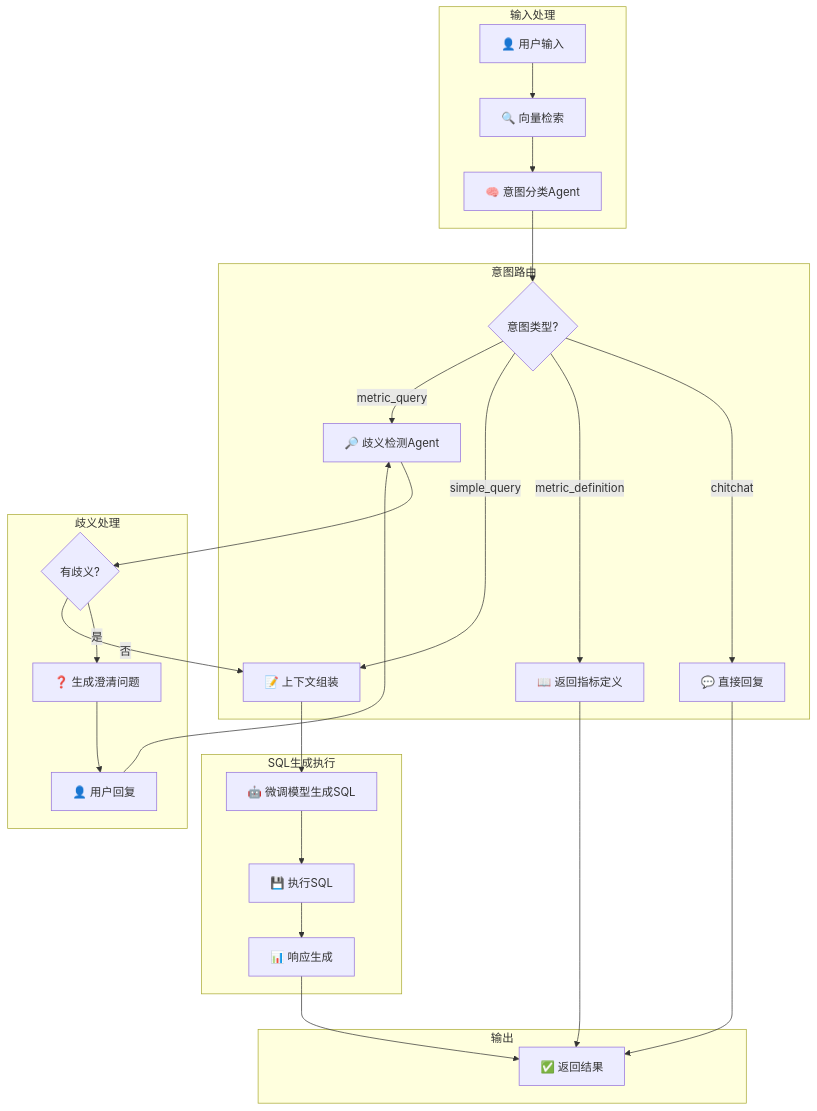
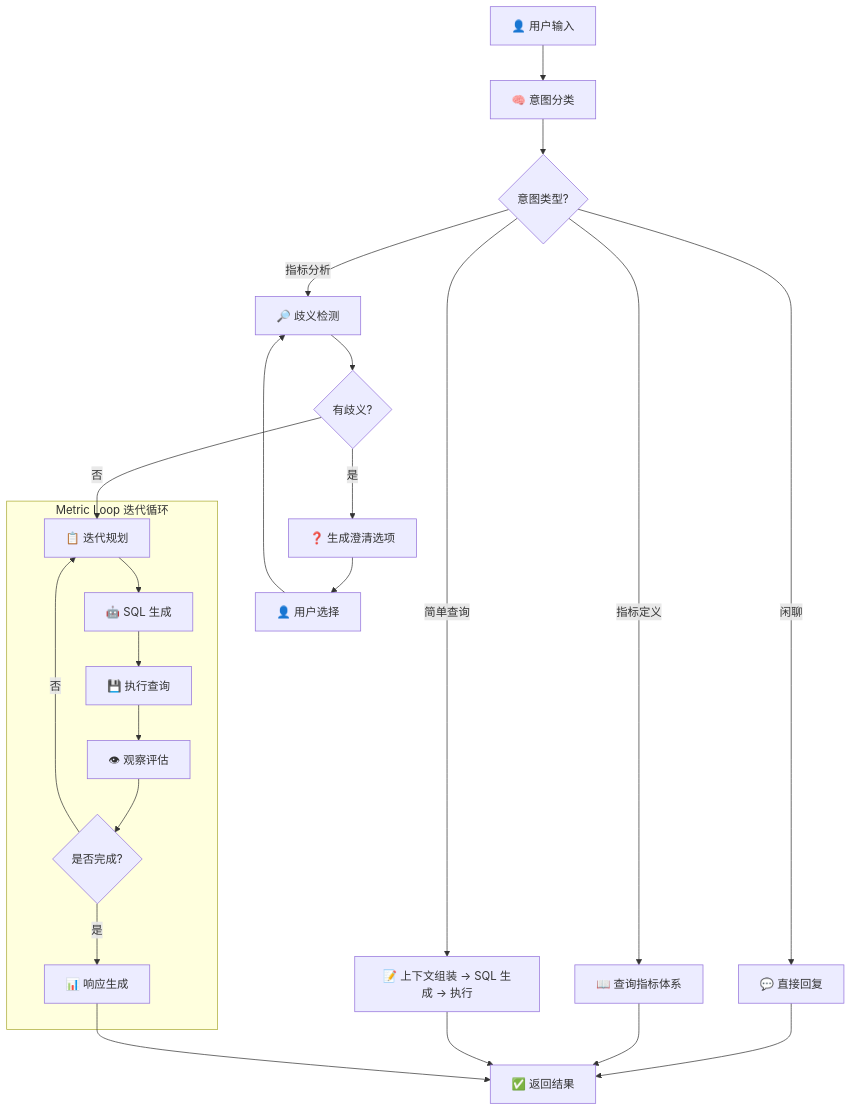
One commit to WYZlalalaugh/text2sql changed the diagram in README.md. Above: the diagram before and after it, drawn with Mermaid. The commit also changed other lines of this file, not shown here.

````diff
--- a/README.md
+++ b/README.md
@@ -9,35 +9,30 @@
 ```mermaid
 flowchart TD
-    subgraph 输入处理
-        A[👤 用户输入] --> B[🔍 向量检索]
-        B --> C[🧠 意图分类Agent]
+    A[👤 用户输入] --> B[🧠 意图分类]
+    B --> C{意图类型?}
+
+    C -->|闲聊| D[💬 直接回复]
+    C -->|指标定义| E[📖 查询指标体系]
+    C -->|简单查询| F[📝 上下文组装 → SQL 生成 → 执行]
+    C -->|指标分析| G[🔎 歧义检测]
+
+    G --> H{有歧义?}
+    H -->|是| I[❓ 生成澄清选项]
+    I --> J[👤 用户选择]
+    J --> G
+    H -->|否| K[📋 迭代规划]
+
+    subgraph Metric Loop 迭代循环
+        K --> L[🤖 SQL 生成]
+        L --> M[💾 执行查询]
+        M --> N[👁 观察评估]
+        N --> O{是否完成?}
+        O -->|否| K
+        O -->|是| P[📊 响应生成]
     end
-    
-    subgraph 意图路由
-        C --> D{意图类型?}
-        D -->|chitchat| E[💬 直接回复]
-        D -->|metric_definition| F[📖 返回指标定义]
-        D -->|simple_query| G[📝 上下文组装]
-        D -->|metric_query| H[🔎 歧义检测Agent]
-    end
-    
-    subgraph 歧义处理
-        H --> I{有歧义?}
-        I -->|是| J[❓ 生成澄清问题]
-        J --> K[👤 用户回复]
-        K --> H
-        I -->|否| G
-    end
-    
-    subgraph SQL生成执行
-        G --> L[🤖 微调模型生成SQL]
-        L --> M[💾 执行SQL]
-        M --> N[📊 响应生成]
-    end
-    
-    subgraph 输出
-        E --> O[✅ 返回结果]
-        F --> O
-        N --> O
-    end
+
+    D --> Q[✅ 返回结果]
+    E --> Q
+    F --> Q
+    P --> Q
 ```
````
